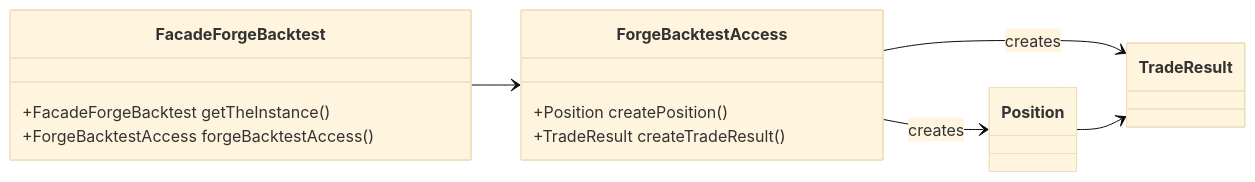
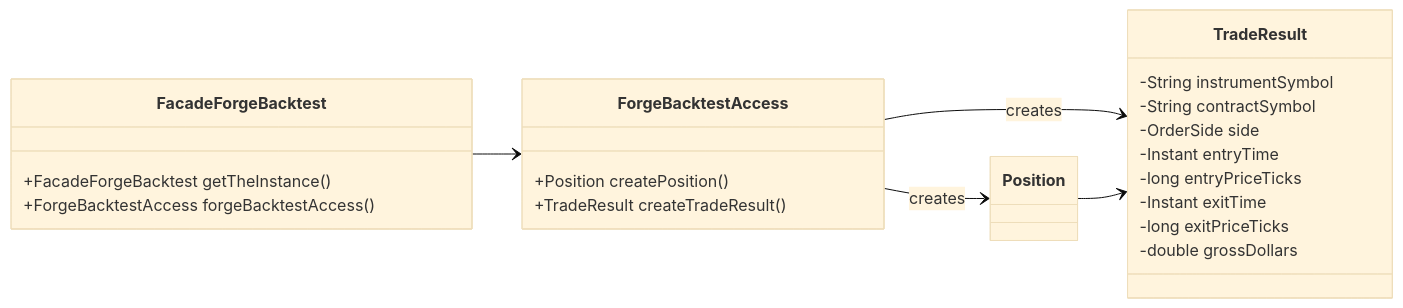
One commit to probst-paul/FORGE changed diagram 19 of 19 in class-model.md. Above: the diagram before and after it, drawn with Mermaid (base theme). The commit also changed other lines of this file and 19 other files, not shown here.

````diff
--- a/class-model.md
+++ b/class-model.md
@@ -991,22 +1038,31 @@
 ```mermaid
 classDiagram
     direction LR
 
     class FacadeForgeBacktest {
         +FacadeForgeBacktest getTheInstance()
         +ForgeBacktestAccess forgeBacktestAccess()
     }
 
     class ForgeBacktestAccess {
         +Position createPosition()
         +TradeResult createTradeResult()
     }
 
     class Position
-    class TradeResult
+    class TradeResult {
+        -String instrumentSymbol
+        -String contractSymbol
+        -OrderSide side
+        -Instant entryTime
+        -long entryPriceTicks
+        -Instant exitTime
+        -long exitPriceTicks
+        -double grossDollars
+    }
 
     FacadeForgeBacktest --> ForgeBacktestAccess
     ForgeBacktestAccess --> Position : creates
     ForgeBacktestAccess --> TradeResult : creates
     Position --> TradeResult
 ```
````
